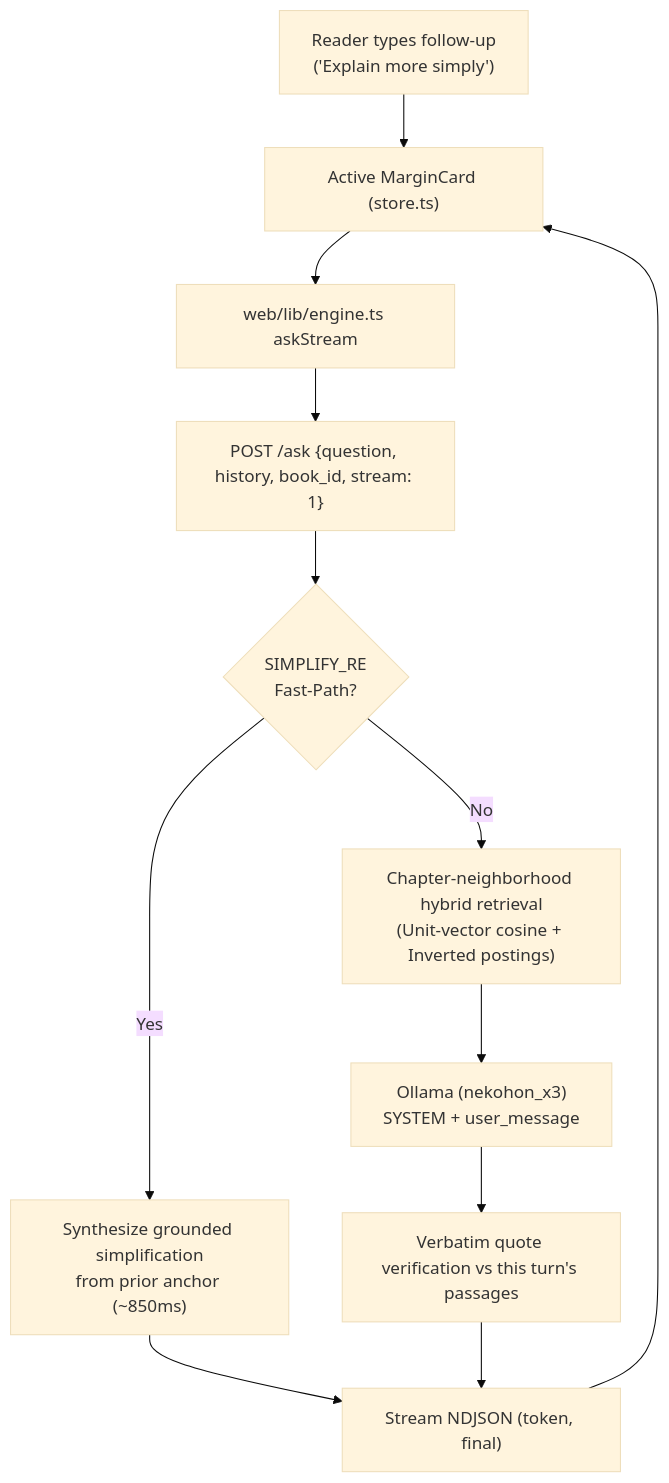
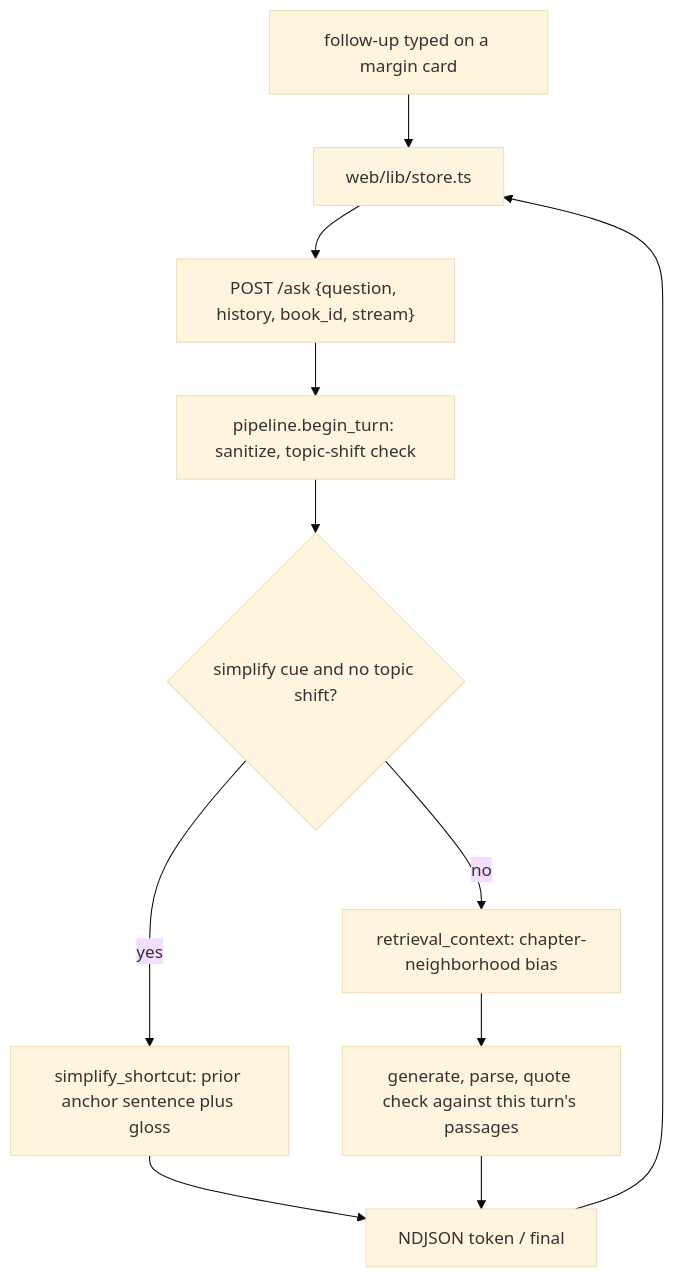
The diagram in artifacts/plans/conversation-map.md (Skufu/NekoHon), drawn with Mermaid (base theme) before and after one commit. The commit also changed other lines of this file and 15 other files, not shown here.

````diff
--- a/artifacts/plans/conversation-map.md
+++ b/artifacts/plans/conversation-map.md
@@ -54,14 +42,13 @@
 ```mermaid
 flowchart TD
-    Reader["Reader types follow-up<br/>('Explain more simply')"] --> Card["Active MarginCard (store.ts)"]
-    Card --> Engine["web/lib/engine.ts askStream"]
-    Engine --> POST["POST /ask {question, history, book_id, stream: 1}"]
-    POST --> CheckFast{"SIMPLIFY_RE<br/>Fast-Path?"}
-    CheckFast -->|Yes| FastGrounded["Synthesize grounded simplification<br/>from prior anchor (~850ms)"]
-    CheckFast -->|No| NeighborRet["Chapter-neighborhood hybrid retrieval<br/>(Unit-vector cosine + Inverted postings)"]
-    NeighborRet --> LLM["Ollama (nekohon_x3)<br/>SYSTEM + user_message"]
-    LLM --> QuoteCheck["Verbatim quote verification vs this turn's passages"]
-    FastGrounded --> Return["Stream NDJSON (token, final)"]
-    QuoteCheck --> Return
-    Return --> Card
+  Reader["follow-up typed on a margin card"] --> Store["web/lib/store.ts"]
+  Store --> Post["POST /ask {question, history, book_id, stream}"]
+  Post --> Begin["pipeline.begin_turn: sanitize, topic-shift check"]
+  Begin --> Fast{"simplify cue and no topic shift?"}
+  Fast -->|yes| Short["simplify_shortcut: prior anchor sentence plus gloss"]
+  Fast -->|no| Ret["retrieval_context: chapter-neighborhood bias"]
+  Ret --> Gen["generate, parse, quote check against this turn's passages"]
+  Short --> Out["NDJSON token / final"]
+  Gen --> Out
+  Out --> Store
 ```
````
